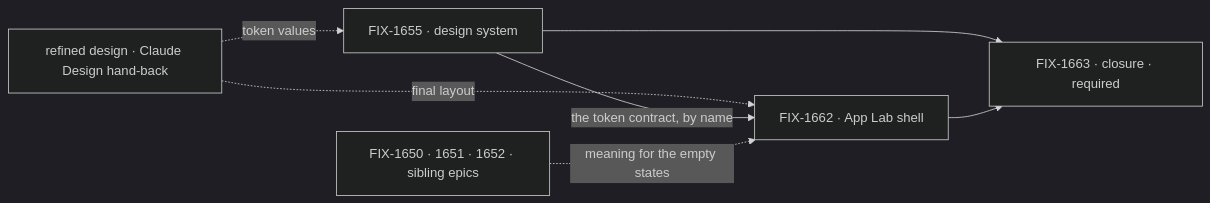
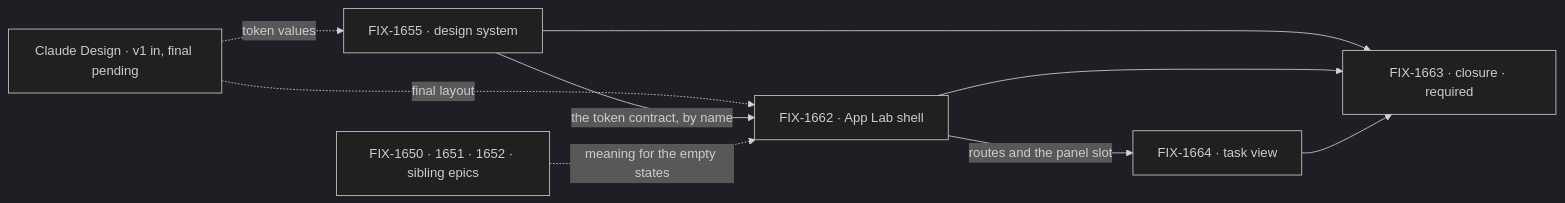
The second of 2 diagrams in specs/epics/FIX-1649/SPEC.md (fixpoint-labs/flow-state-dev), drawn with Mermaid (dark theme) before and after one commit. The commit also changed other lines of this file and 14 other files, not shown here.

First line of the commit message:
spec(epic): fold Claude Design hand-back v1 into the App Lab shell epic (FIX-1649)

````diff
--- a/specs/epics/FIX-1649/SPEC.md
+++ b/specs/epics/FIX-1649/SPEC.md
@@ -84,9 +88,11 @@
 ```mermaid
 flowchart LR
-  H["refined design · Claude Design hand-back"] -.->|"token values"| A["FIX-1655 · design system"]
+  H["Claude Design · v1 in, final pending"] -.->|"token values"| A["FIX-1655 · design system"]
   H -.->|"final layout"| B["FIX-1662 · App Lab shell"]
   A -->|"the token contract, by name"| B
+  B -->|"routes and the panel slot"| C["FIX-1664 · task view"]
   A --> Z["FIX-1663 · closure · required"]
   B --> Z
+  C --> Z
   S["FIX-1650 · 1651 · 1652 · sibling epics"] -.->|"meaning for the empty states"| B
 ```
````
